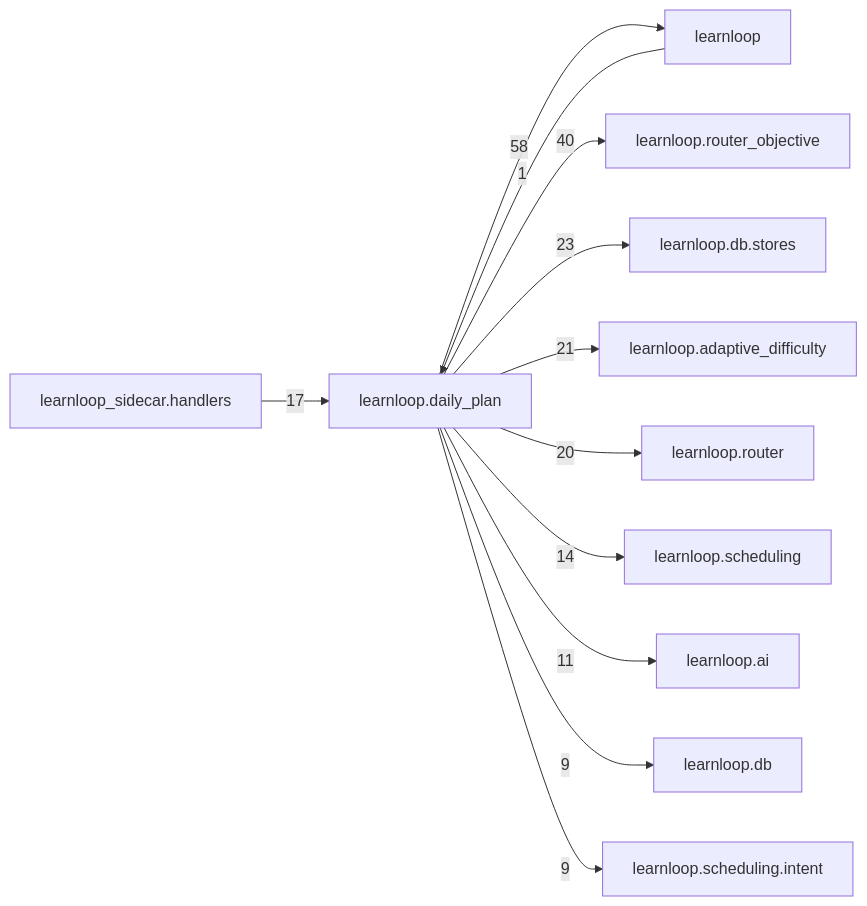
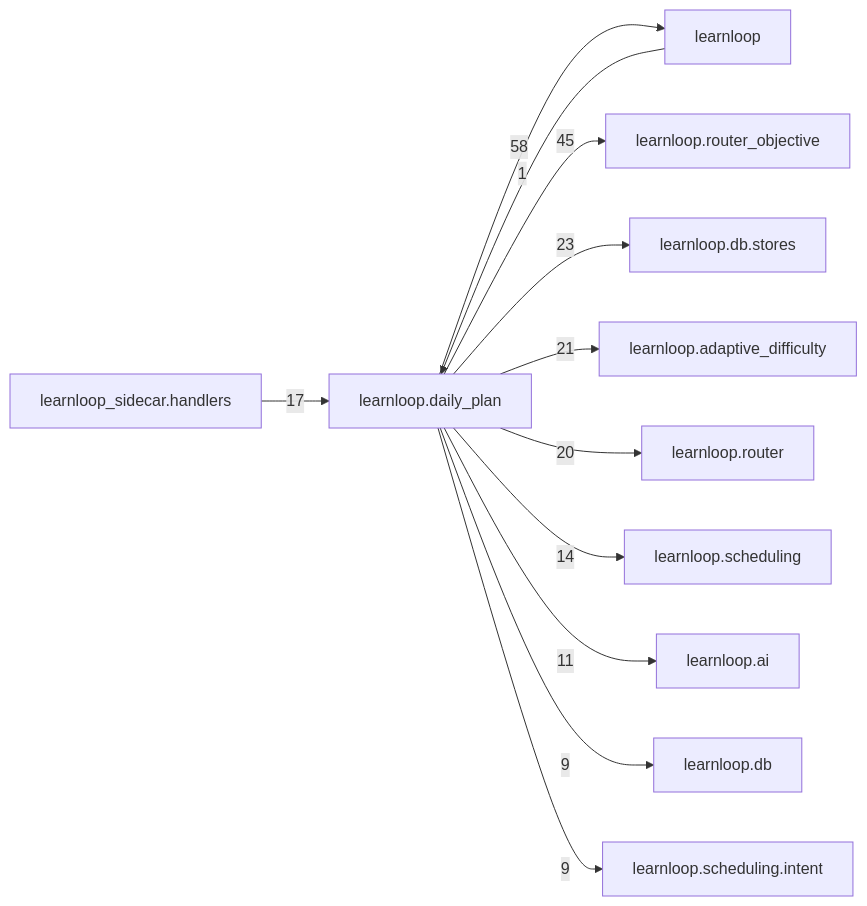
The diagram in docs/learnloop-architecture-vault/Reference/Modules/learnloop/daily_plan/_package.md (6up-b/learnanything), drawn with Mermaid before and after one commit. The commit also changed other lines of this file and 44 other files, not shown here.

````diff
--- a/docs/learnloop-architecture-vault/Reference/Modules/learnloop/daily_plan/_package.md
+++ b/docs/learnloop-architecture-vault/Reference/Modules/learnloop/daily_plan/_package.md
@@ -168,25 +168,25 @@
 ```mermaid
 flowchart LR
     center["learnloop.daily_plan"]
     n_learnloop["learnloop"]
     n_learnloop_router_objective["learnloop.router_objective"]
     n_learnloop_db_stores["learnloop.db.stores"]
     n_learnloop_adaptive_difficulty["learnloop.adaptive_difficulty"]
     n_learnloop_router["learnloop.router"]
     n_learnloop_sidecar_handlers["learnloop_sidecar.handlers"]
     n_learnloop_scheduling["learnloop.scheduling"]
     n_learnloop_ai["learnloop.ai"]
     n_learnloop_db["learnloop.db"]
     n_learnloop_scheduling_intent["learnloop.scheduling.intent"]
     n_learnloop -->|1| center
     center -->|58| n_learnloop
-    center -->|40| n_learnloop_router_objective
+    center -->|45| n_learnloop_router_objective
     center -->|23| n_learnloop_db_stores
     center -->|21| n_learnloop_adaptive_difficulty
     center -->|20| n_learnloop_router
     n_learnloop_sidecar_handlers -->|17| center
     center -->|14| n_learnloop_scheduling
     center -->|11| n_learnloop_ai
     center -->|9| n_learnloop_db
     center -->|9| n_learnloop_scheduling_intent
 ```
````
